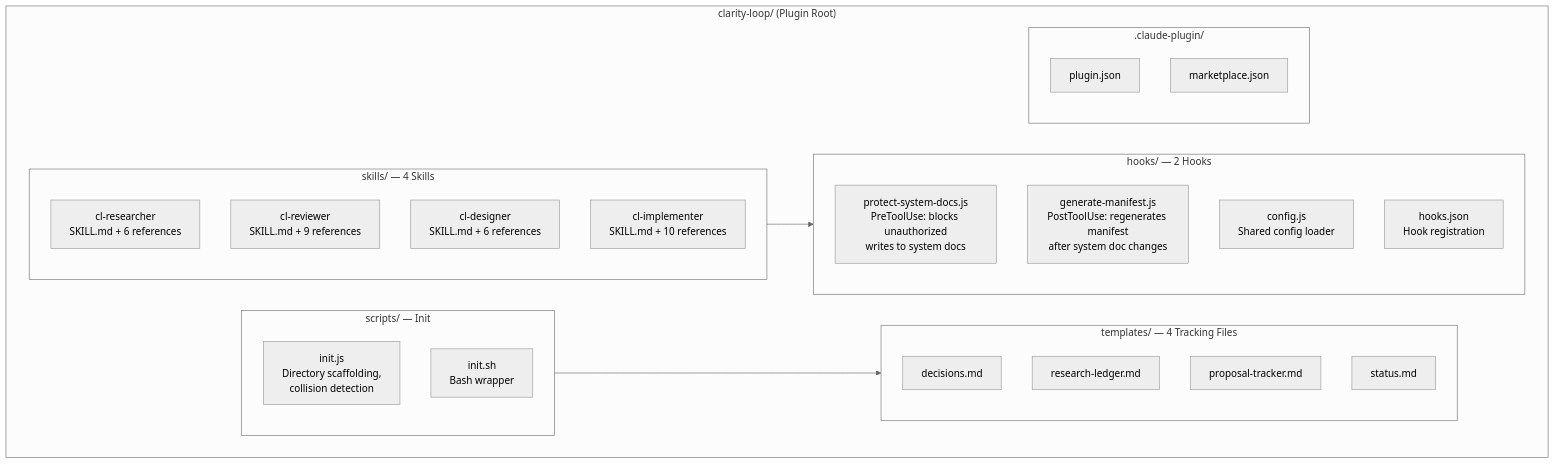
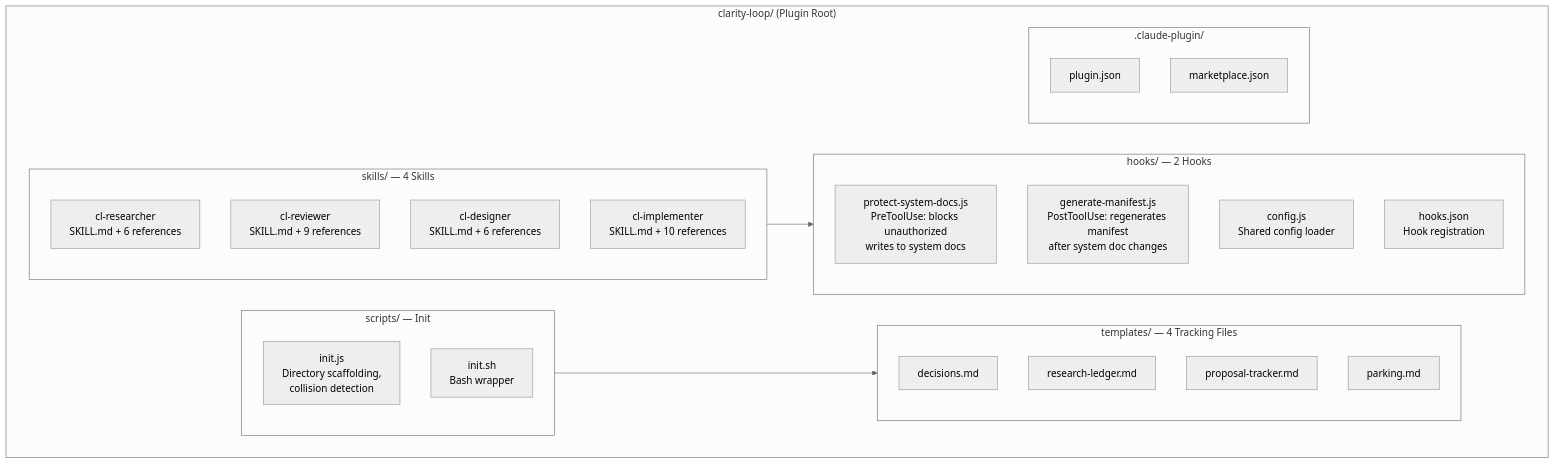
Before and after one commit to dev-eloper1/clarity-loop: the first of 19 diagrams in docs/SYSTEM_DESIGN.md, drawn with Mermaid (neutral theme). The commit also changed other lines of this file and 43 other files, not shown here.

````diff
--- a/docs/SYSTEM_DESIGN.md
+++ b/docs/SYSTEM_DESIGN.md
@@ -37,38 +37,38 @@
 ```mermaid
 graph TD
     subgraph Plugin["clarity-loop/ (Plugin Root)"]
         subgraph Skills["skills/ — 4 Skills"]
             RES["cl-researcher<br/>SKILL.md + 6 references"]
             REV["cl-reviewer<br/>SKILL.md + 9 references"]
             DES["cl-designer<br/>SKILL.md + 6 references"]
             IMP["cl-implementer<br/>SKILL.md + 10 references"]
         end
 
         subgraph Hooks["hooks/ — 2 Hooks"]
             PRE["protect-system-docs.js<br/>PreToolUse: blocks unauthorized<br/>writes to system docs"]
             POST["generate-manifest.js<br/>PostToolUse: regenerates manifest<br/>after system doc changes"]
             CFG["config.js<br/>Shared config loader"]
             HJ["hooks.json<br/>Hook registration"]
         end
 
         subgraph Scripts["scripts/ — Init"]
             INIT_JS["init.js<br/>Directory scaffolding,<br/>collision detection"]
             INIT_SH["init.sh<br/>Bash wrapper"]
         end
 
         subgraph Templates["templates/ — 4 Tracking Files"]
             T1["decisions.md"]
             T2["research-ledger.md"]
             T3["proposal-tracker.md"]
-            T4["status.md"]
+            T4["parking.md"]
         end
 
         subgraph PluginCfg[".claude-plugin/"]
             PJ["plugin.json"]
             MJ["marketplace.json"]
         end
     end
 
     Skills --> Hooks
     Scripts --> Templates
 ```
````
